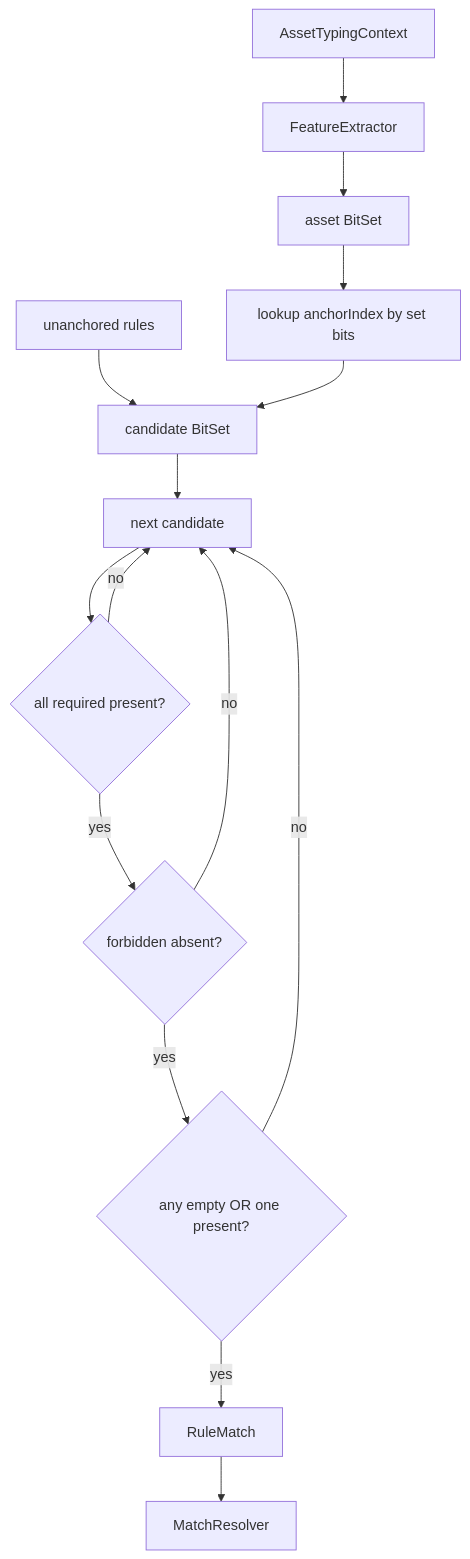
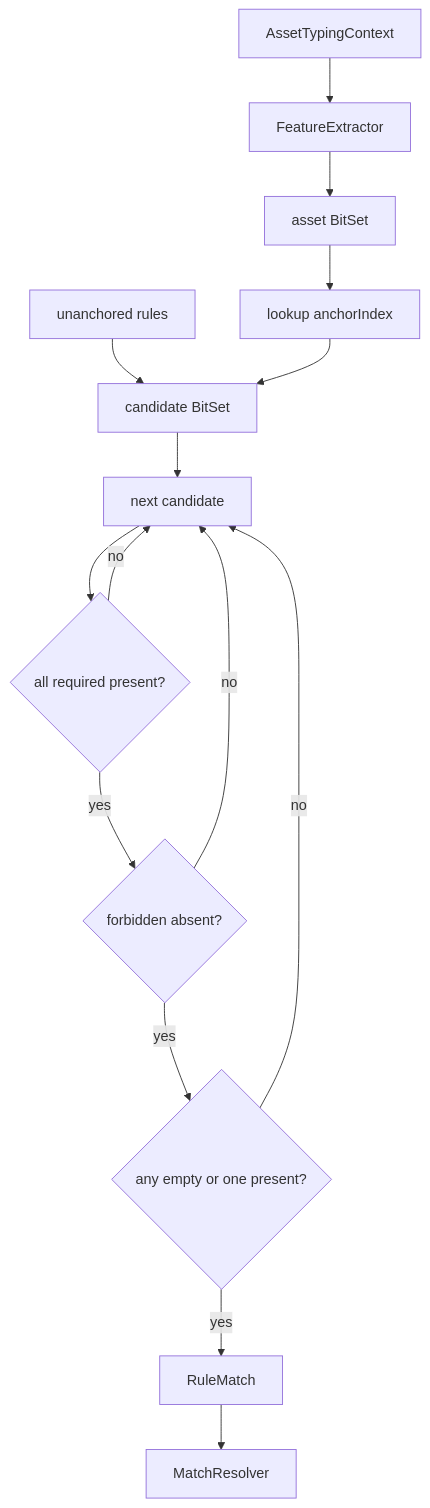
One commit to GAbra/itam-asset-typing-benchmark changed the third of 9 diagrams in docs/ENGINE_IMPLEMENTATION.md. Above: the diagram before and after it, drawn with Mermaid. The commit also changed other lines of this file, not shown here.

Commit message:
Fix Mermaid syntax in English engine implementation

````diff
--- a/docs/ENGINE_IMPLEMENTATION.md
+++ b/docs/ENGINE_IMPLEMENTATION.md
@@ -127,17 +97,17 @@
 ```mermaid
 flowchart TD
-    C[AssetTypingContext] --> F[FeatureExtractor]
-    F --> A[asset BitSet]
-    A --> I[lookup anchorIndex by set bits]
-    U[unanchored rules] --> CAND[candidate BitSet]
+    C["AssetTypingContext"] --> F["FeatureExtractor"]
+    F --> A["asset BitSet"]
+    A --> I["lookup anchorIndex"]
+    U["unanchored rules"] --> CAND["candidate BitSet"]
     I --> CAND
-    CAND --> N[next candidate]
-    N --> R{all required present?}
+    CAND --> N["next candidate"]
+    N --> R{"all required present?"}
     R -->|no| N
-    R -->|yes| X{forbidden absent?}
+    R -->|yes| X{"forbidden absent?"}
     X -->|no| N
-    X -->|yes| Y{any empty OR one present?}
+    X -->|yes| Y{"any empty or one present?"}
     Y -->|no| N
-    Y -->|yes| M[RuleMatch]
-    M --> RES[MatchResolver]
+    Y -->|yes| M["RuleMatch"]
+    M --> RES["MatchResolver"]
 ```
````
